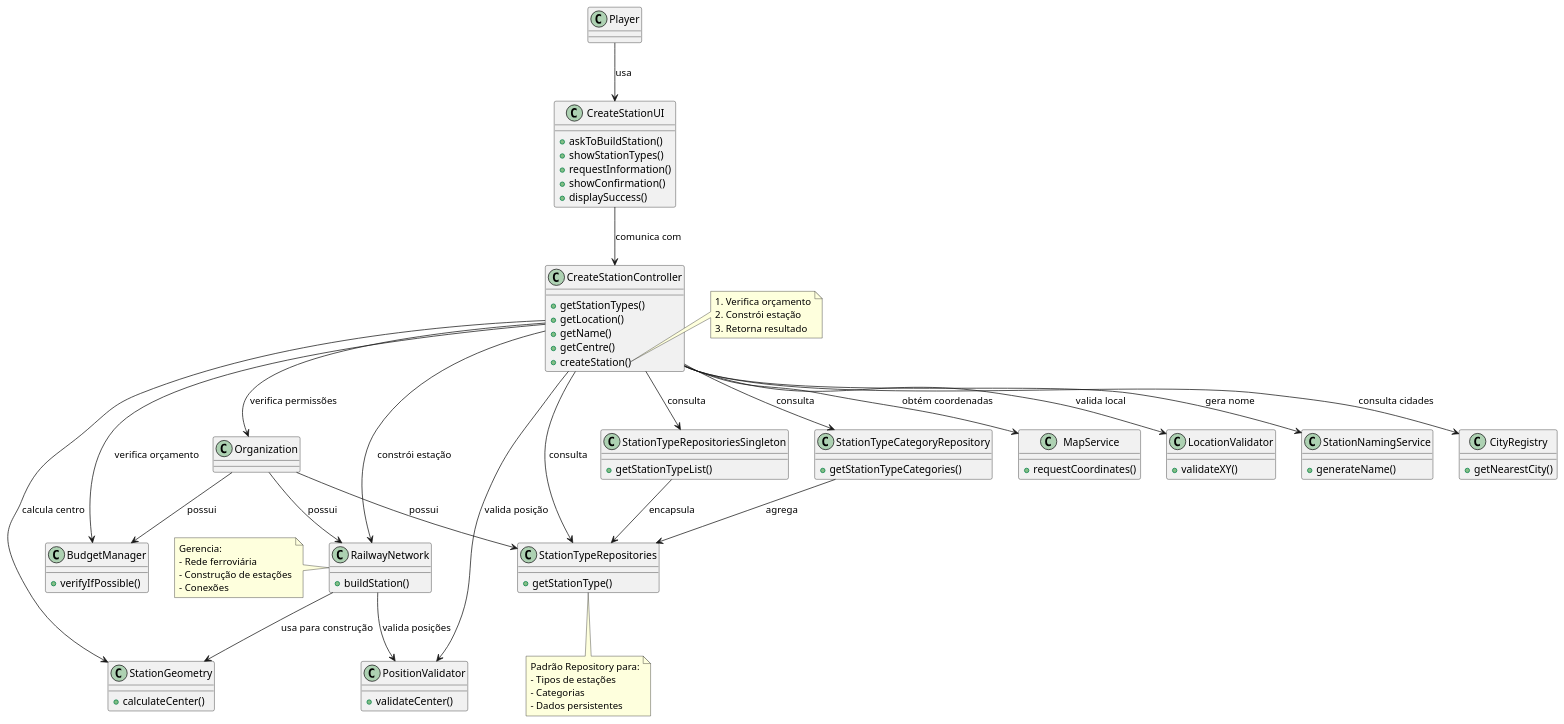
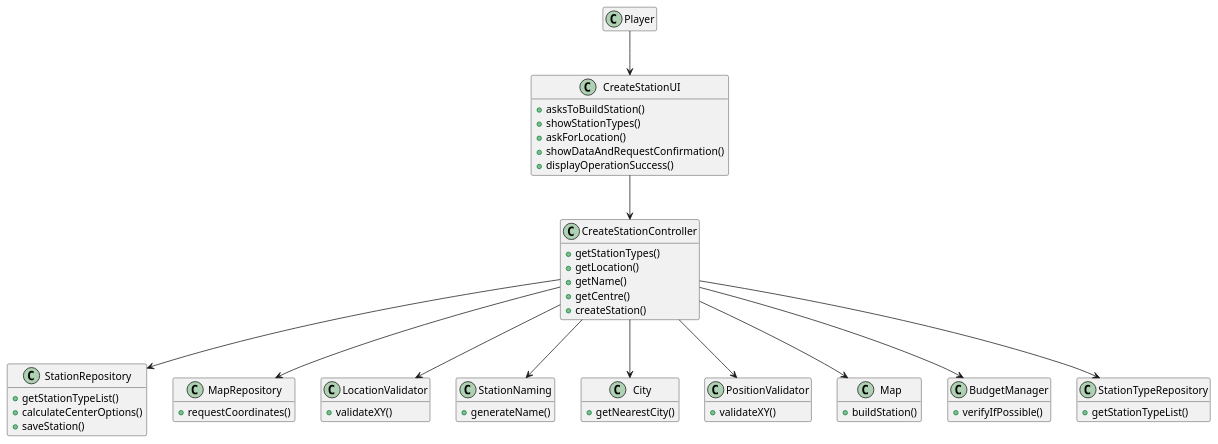
Before and after one commit to Andremonteiro1240850/railway_simulator: the diagram in Sprint2/US05/03.Design/CD-us05.puml, drawn with PlantUML. The commit also changed 1 other file, not shown here.

```diff
--- a/Sprint2/US05/03.Design/CD-us05.puml
+++ b/Sprint2/US05/03.Design/CD-us05.puml
@@ -1,117 +1,78 @@
 @startuml
+
 skinparam monochrome false
-skinparam packageStyle rectangle
 skinparam shadowing false
+hide empty members
 
 class Player {
 }
 
 class CreateStationUI {
-  + askToBuildStation()
+  + asksToBuildStation()
   + showStationTypes()
-  + requestInformation()
-  + showConfirmation()
-  + displaySuccess()
+  + askForLocation()
+  + showDataAndRequestConfirmation()
+  + displayOperationSuccess()
 }
 
 class CreateStationController {
   + getStationTypes()
   + getLocation()
   + getName()
   + getCentre()
   + createStation()
 }
 
-class Organization {
+class StationRepository {
+  + getStationTypeList()
+  + calculateCenterOptions()
+  + saveStation()
 }
 
-class StationTypeRepositories {
-  + getStationType()
-}
-
-class StationTypeRepositoriesSingleton {
-  + getStationTypeList()
-}
-
-class StationTypeCategoryRepository {
-  + getStationTypeCategories()
-}
-
-class MapService {
+class MapRepository {
   + requestCoordinates()
 }
 
 class LocationValidator {
   + validateXY()
 }
 
-class StationNamingService {
+class StationNaming {
   + generateName()
 }
 
-class CityRegistry {
+class City {
   + getNearestCity()
 }
 
-class StationGeometry {
-  + calculateCenter()
+class PositionValidator {
+  + validateXY()
 }
 
-class PositionValidator {
-  + validateCenter()
-}
-
-class RailwayNetwork {
+class Map {
   + buildStation()
 }
 
 class BudgetManager {
   + verifyIfPossible()
 }
 
+class StationTypeRepository {
+  + getStationTypeList()
+}
+
 ' Relacionamentos
-Player --> CreateStationUI : usa
-CreateStationUI --> CreateStationController : comunica com
-CreateStationController --> StationTypeRepositories : consulta
-CreateStationController --> StationTypeRepositoriesSingleton : consulta
-CreateStationController --> StationTypeCategoryRepository : consulta
-CreateStationController --> MapService : obtém coordenadas
-CreateStationController --> LocationValidator : valida local
-CreateStationController --> StationNamingService : gera nome
-CreateStationController --> CityRegistry : consulta cidades
-CreateStationController --> StationGeometry : calcula centro
-CreateStationController --> PositionValidator : valida posição
-CreateStationController --> RailwayNetwork : constrói estação
-CreateStationController --> BudgetManager : verifica orçamento
-CreateStationController --> Organization : verifica permissões
+Player --> CreateStationUI
+CreateStationUI --> CreateStationController
 
-Organization --> StationTypeRepositories : possui
-Organization --> RailwayNetwork : possui
-Organization --> BudgetManager : possui
+CreateStationController --> StationRepository
+CreateStationController --> MapRepository
+CreateStationController --> LocationValidator
+CreateStationController --> StationNaming
+CreateStationController --> City
+CreateStationController --> PositionValidator
+CreateStationController --> Map
+CreateStationController --> BudgetManager
+CreateStationController --> StationTypeRepository
 
-StationTypeRepositoriesSingleton --> StationTypeRepositories : encapsula
-StationTypeCategoryRepository --> StationTypeRepositories : agrega
-
-RailwayNetwork --> StationGeometry : usa para construção
-RailwayNetwork --> PositionValidator : valida posições
-
-note right of CreateStationController::createStation
-  1. Verifica orçamento
-  2. Constrói estação
-  3. Retorna resultado
-end note
-
-note bottom of StationTypeRepositories
-  Padrão Repository para:
-  - Tipos de estações
-  - Categorias
-  - Dados persistentes
-end note
-
-note left of RailwayNetwork
-  Gerencia:
-  - Rede ferroviária
-  - Construção de estações
-  - Conexões
-end note
 @enduml
```
